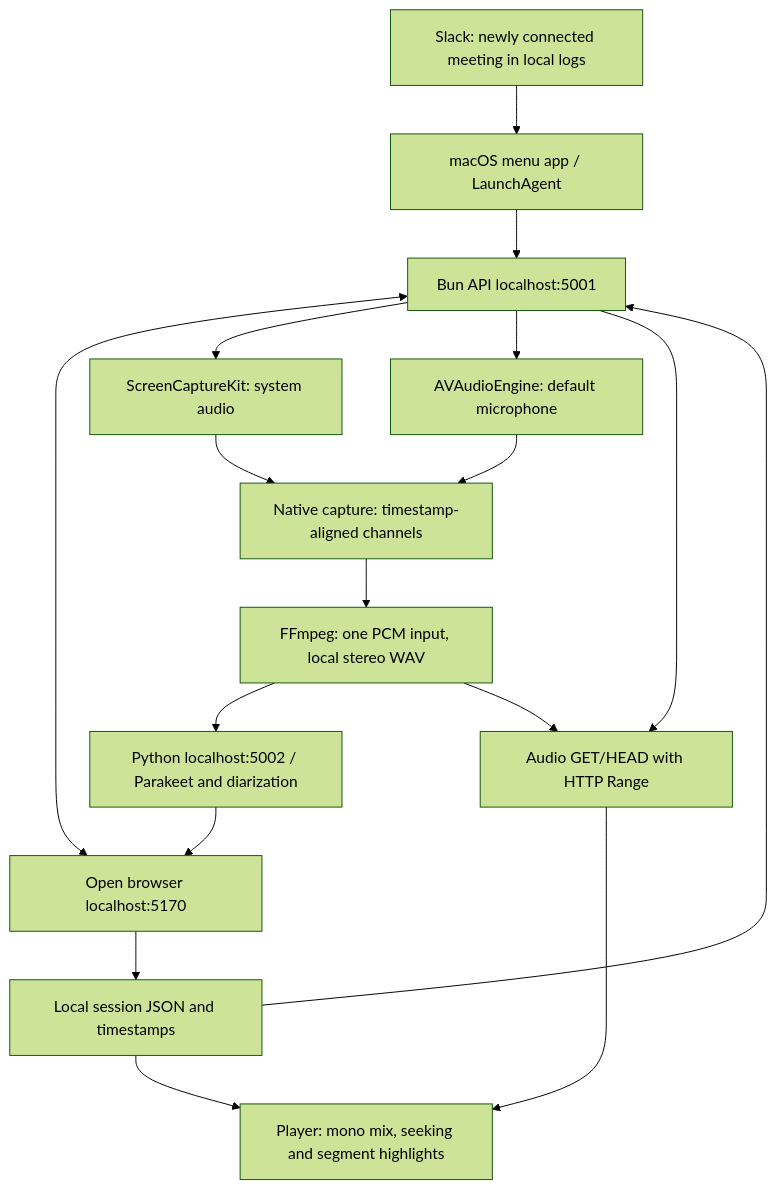
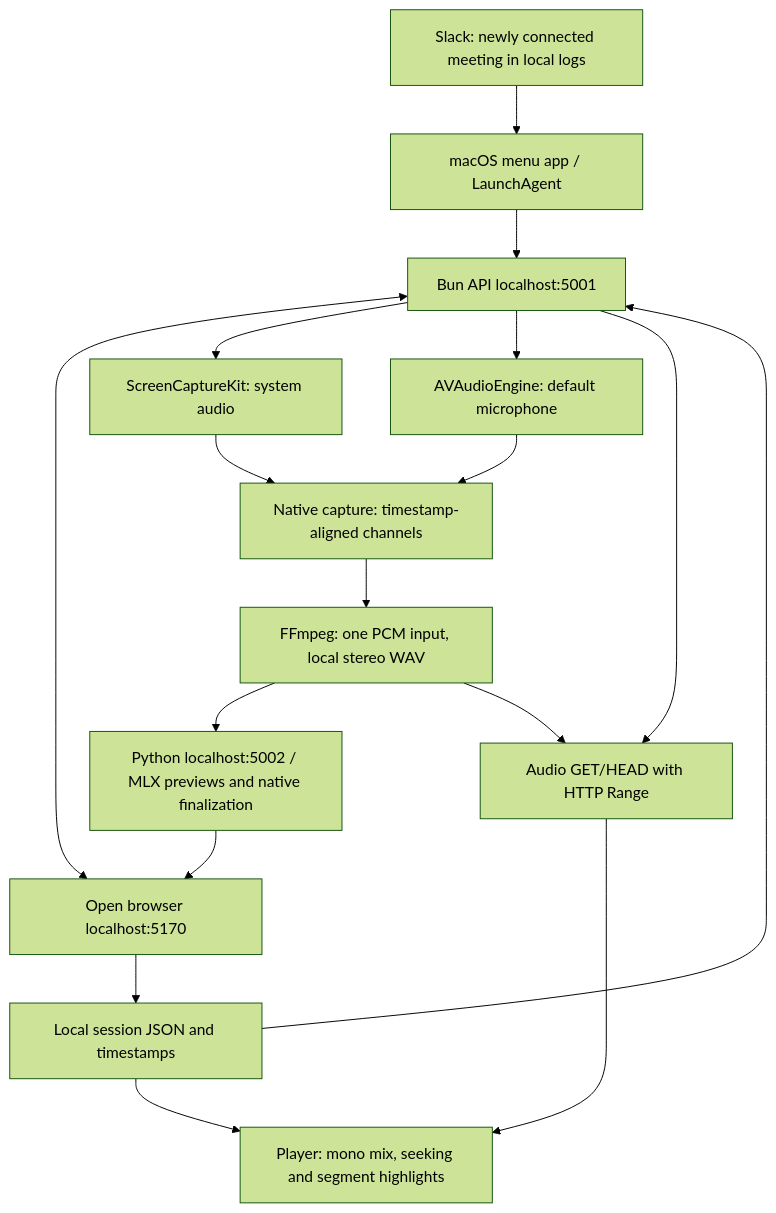
The diagram in README.md (augustocbx/heed-macos), drawn with Mermaid (forest theme) before and after one commit. The commit also changed other lines of this file and 1 other file, not shown here.

Commit message:
Clarify live transcription architecture and package dependencies

````diff
--- a/README.md
+++ b/README.md
@@ -75,19 +75,19 @@
 ```mermaid
 flowchart TD
     S[Slack: newly connected meeting in local logs] --> A[macOS menu app / LaunchAgent]
     A --> B[Bun API localhost:5001]
     B <--> C[Open browser localhost:5170]
     B --> D[ScreenCaptureKit: system audio]
     B --> E[AVAudioEngine: default microphone]
     D --> K[Native capture: timestamp-aligned channels]
     E --> K
     K --> F[FFmpeg: one PCM input, local stereo WAV]
-    F --> G[Python localhost:5002 / Parakeet and diarization]
+    F --> G[Python localhost:5002 / MLX previews and native finalization]
     G --> C
     C --> H[Local session JSON and timestamps]
     H --> B
     F --> I[Audio GET/HEAD with HTTP Range]
     B --> I
     I --> J[Player: mono mix, seeking and segment highlights]
     H --> J
 ```
````
